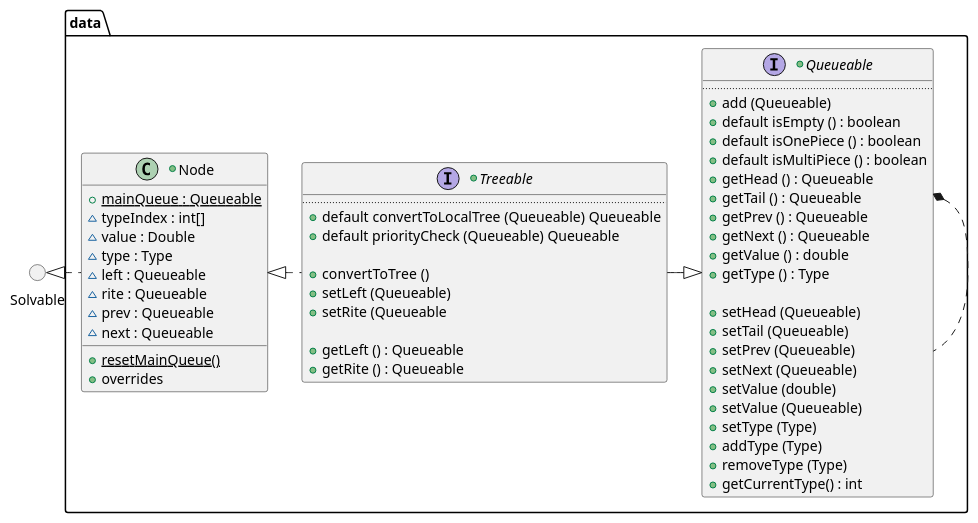
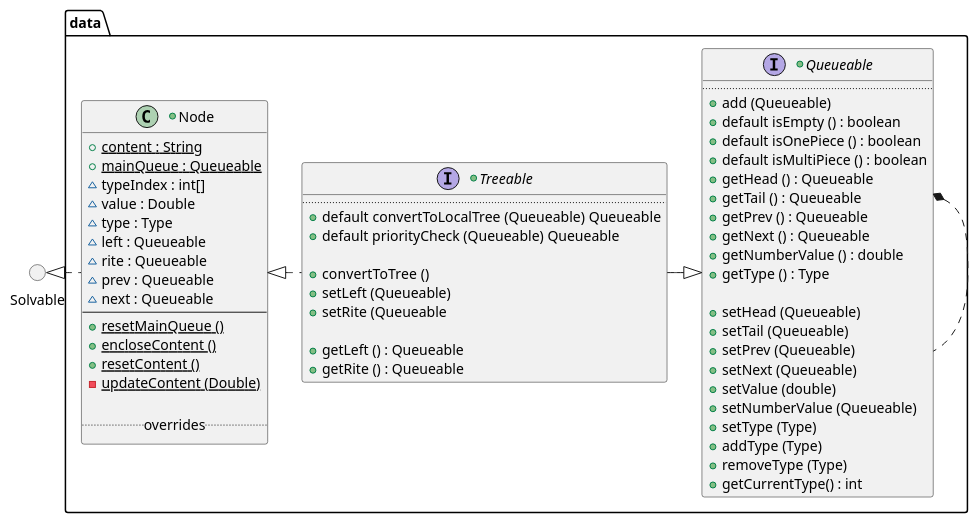
The diagram in src/docs/UML/data/data.puml (vitalispopoff/calculator), drawn with PlantUML before and after one commit. The commit also changed 15 other files, not shown here.

```diff
--- a/src/docs/UML/data/data.puml
+++ b/src/docs/UML/data/data.puml
@@ -1,67 +1,72 @@
 @startuml
 
     () Solvable
 '    () Parsable
 
 package data {
 
     +interface Queueable {
         ..
             +{method} add (Queueable)
             +{method} default isEmpty () : boolean
             +{method} default isOnePiece () : boolean
             +{method} default isMultiPiece () : boolean
             +{method} getHead () : Queueable
             +{method} getTail () : Queueable
             +{method} getPrev () : Queueable
             +{method} getNext () : Queueable
-            +{method} getValue () : double
+            +{method} getNumberValue () : double
             +{method} getType () : Type
 
             +{method} setHead (Queueable)
             +{method} setTail (Queueable)
             +{method} setPrev (Queueable)
             +{method} setNext (Queueable)
             +{method} setValue (double)
-            +{method} setValue (Queueable)
+            +{method} setNumberValue (Queueable)
             +{method} setType (Type)
             +{method} addType (Type)
             +{method} removeType (Type)
             +{method} getCurrentType() : int
     }
 
     +interface Treeable {
         ..
             + {method} default convertToLocalTree (Queueable) Queueable
             + {method} default priorityCheck (Queueable) Queueable
 
             + {method} convertToTree ()
             + {method} setLeft (Queueable)
             + {method} setRite (Queueable
 
             + {method} getLeft () : Queueable
             + {method} getRite () : Queueable
     }
 
     +class Node {
-
+            + {field} {static} content : String
             + {field} {static} mainQueue : Queueable
             ~ {field} typeIndex : int[]
             ~ {field} value : Double
             ~ {field} type : Type
             ~ {field} left : Queueable
             ~ {field} rite : Queueable
             ~ {field} prev : Queueable
             ~ {field} next : Queueable
-            + {method} {static} resetMainQueue()
-            + {method} overrides
+        --
+            + {method} {static} resetMainQueue ()
+            + {method} {static} encloseContent ()
+            + {method} {static} resetContent ()
+            - {method} {static} updateContent (Double)
+
+        ..overrides..
     }
 }
 
         Queueable   .up.*    Queueable
         Queueable <|-left- Treeable
         Treeable .left.|> Node
 
         Node .left.|>  Solvable
 
 @enduml
```
